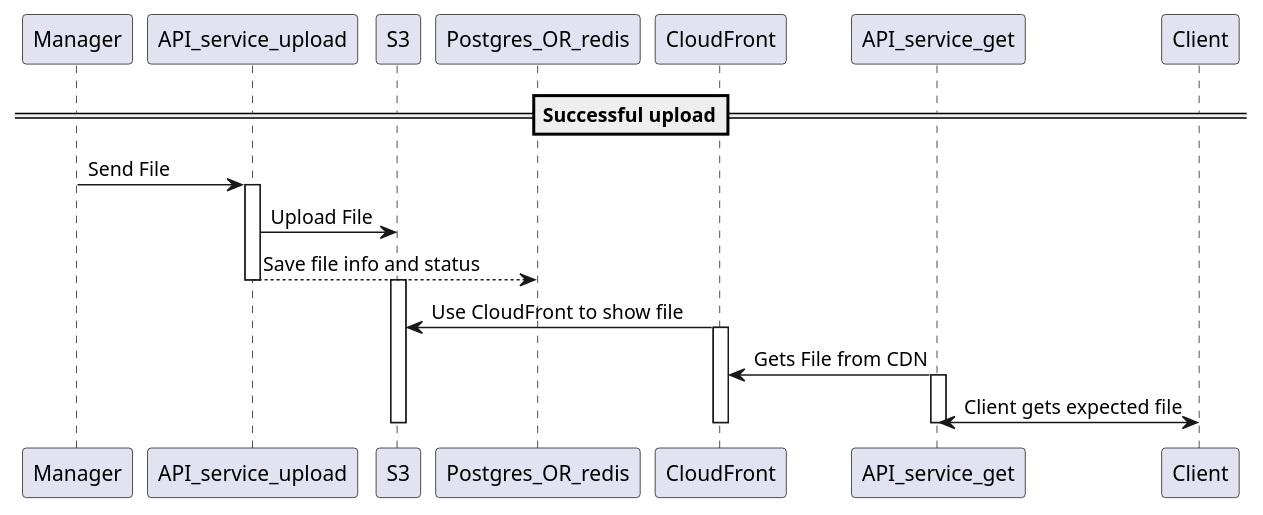
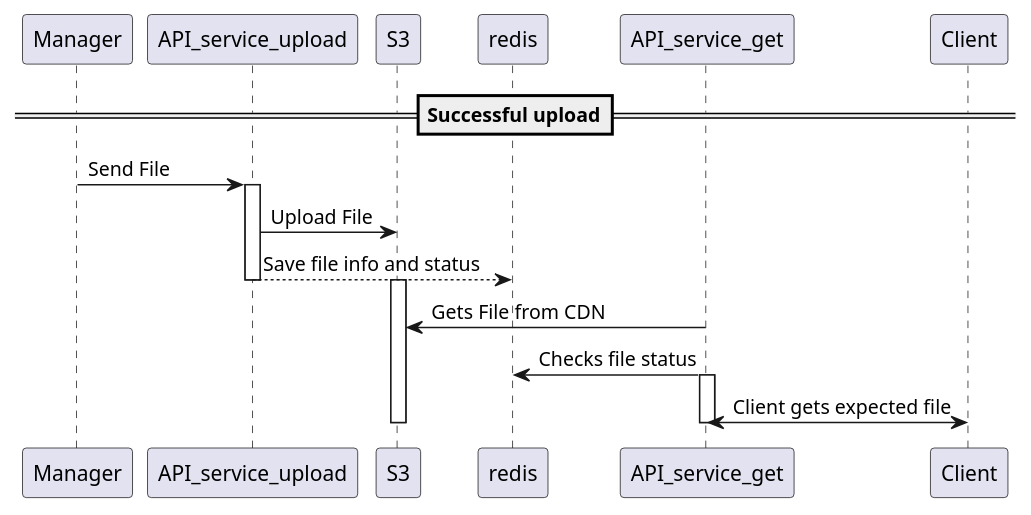
Before and after one commit to dkarpele/graduate_work: the diagram in architecture/C2_successful_upload.puml, drawn with PlantUML. The commit also changed 3 other files, not shown here.

```diff
--- a/architecture/C2_successful_upload.puml
+++ b/architecture/C2_successful_upload.puml
@@ -1,22 +1,21 @@
 @startuml
 
 ==Successful upload==
 
 Manager -> API_service_upload: Send File
 
 activate API_service_upload
 API_service_upload -> S3: Upload File
-API_service_upload --> Postgres_OR_redis: Save file info and status
+API_service_upload --> redis: Save file info and status
 deactivate API_service_upload
 
 activate S3
-S3 <- CloudFront: Use CloudFront to show file
-activate CloudFront
-CloudFront <- API_service_get: Gets File from CDN
+
+S3 <- API_service_get: Gets File from CDN
+redis <- API_service_get: Checks file status
 activate API_service_get
 API_service_get <-> Client: Client gets expected file
-deactivate CloudFront
 deactivate API_service_get
 deactivate S3
 
 @enduml
```
